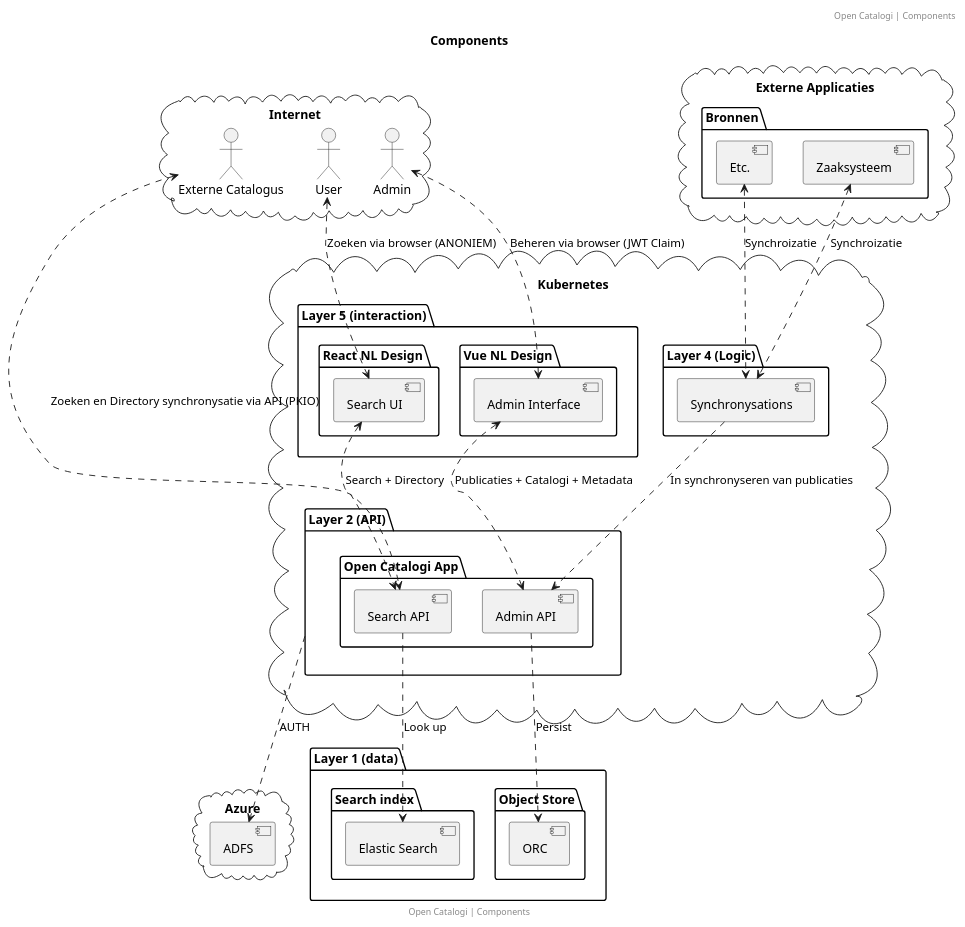
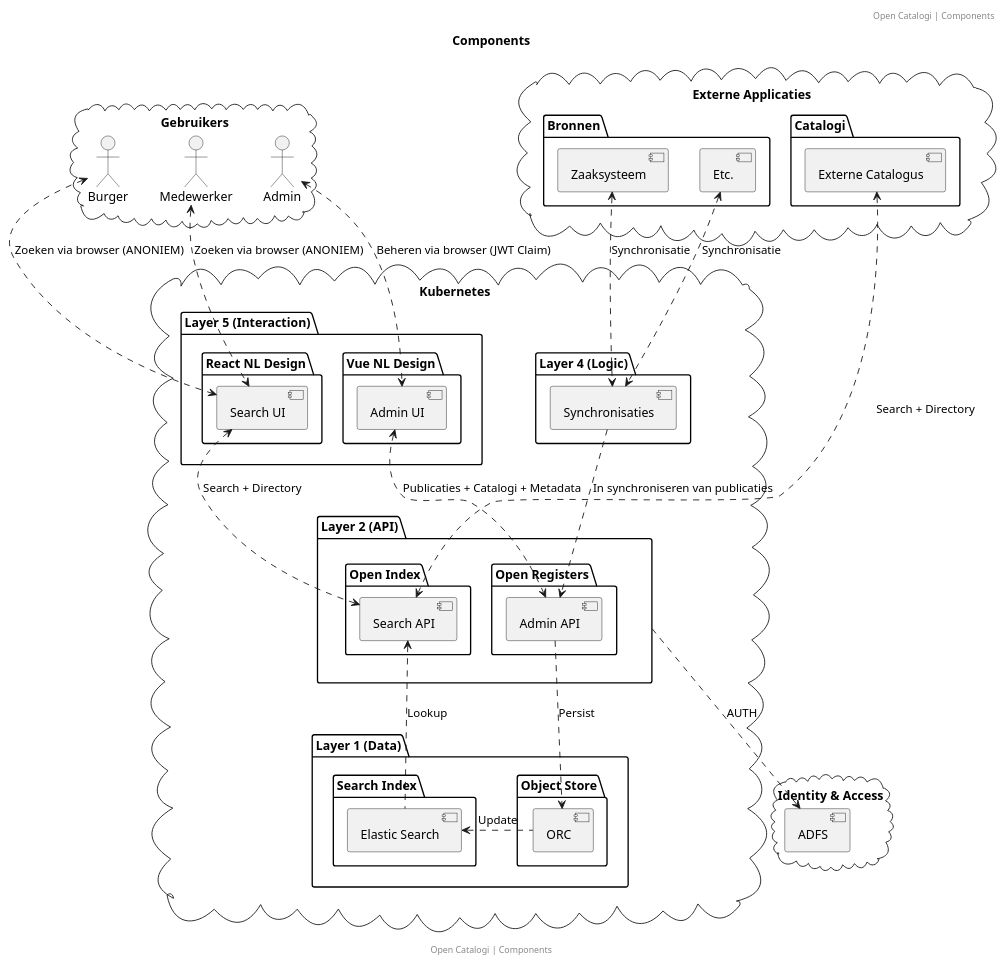
One commit to OpenCatalogi/.github changed the diagram in docs/handleidingen/componenten.puml. Above: the diagram before and after it, drawn with PlantUML.

Commit message:
Small changes in praatplaat

```diff
--- a/docs/handleidingen/componenten.puml
+++ b/docs/handleidingen/componenten.puml
@@ -1,80 +1,78 @@
 @startuml
 title: Components
 footer: Open Catalogi | Components
 header: Open Catalogi | Components
 
-
-cloud "Azure"{
- [ADFS]  as identity
+cloud "Identity & Access"{
+ [ADFS] as identity
 }
 
-cloud "Internet"{
-actor "User" as user
+cloud "Gebruikers"{
+actor "Burger" as burger
+actor "Medewerker" as medewerker
 actor "Admin" as adminUser
-actor "Externe Catalogus" as externalCatalouge
-
 }
 
 cloud "Externe Applicaties"{
 package "Bronnen" {
- [Zaaksysteem]  as ZGW
- [Etc.]  as ETC
+ [Zaaksysteem] as ZGW
+ [Etc.] as ETC
+}
+package "Catalogi" {
+ [Externe Catalogus] as externalCatalogue
 }
 }
 
 cloud "Kubernetes"{
 
-package "Layer 5 (interaction)" {
+package "Layer 5 (Interaction)" {
 package "React NL Design" {
- [Search UI]  as ui
+ [Search UI] as ui
 }
 
 package "Vue NL Design" {
- [Admin Interface]  as admin
+ [Admin UI] as admin
 }
 }
 
-
 package "Layer 4 (Logic)" as layer4 {
- [Synchronysations]  as service
+ [Synchronisaties] as service
 }
-
 
 package "Layer 2 (API)" as layer2 {
 
-
-package "Open Catalogi App" {
+package "Open Index" {
  [Search API] as SearchAPI
+}
+package "Open Registers" {
  [Admin API] as ObjectsAPI
 }
-
-
 }
 
-}
+package "Layer 1 (Data)" {
 
-package "Layer 1 (data)" {
-
-package "Search index" {
- [Elastic Search]  as search
+package "Search Index" {
+ [Elastic Search] as search
 }
 
 package "Object Store" {
- [ORC]  as db
+ [ORC] as db
 }
 }
 
-externalCatalouge <..> SearchAPI: Zoeken en Directory synchronysatie via API (PKIO)
-user <..> ui : Zoeken via browser (ANONIEM)
-adminUser <..> admin : Beheren via browser (JWT Claim)
+externalCatalogue <..> SearchAPI: Search + Directory
+burger <..> ui: Zoeken via browser (ANONIEM)
+medewerker <..> ui: Zoeken via browser (ANONIEM)
+adminUser <..> admin: Beheren via browser (JWT Claim)
 
 ui <..> SearchAPI: Search + Directory
 admin <..> ObjectsAPI: Publicaties + Catalogi + Metadata
-ZGW <..> service: Synchroizatie
-ETC <..> service: Synchroizatie
+ZGW <..> service: Synchronisatie
+ETC <..> service: Synchronisatie
 
-ObjectsAPI  .down.> db: Persist
-SearchAPI  .down.> search: Look up
+db .left.> search: Update
+ObjectsAPI .down.> db: Persist
+SearchAPI <.down. search: Lookup
 layer2 .down.> identity: AUTH
-service .down.> ObjectsAPI: In synchronyseren van publicaties
+service .down.> ObjectsAPI: In synchroniseren van publicaties
 @enduml
```
